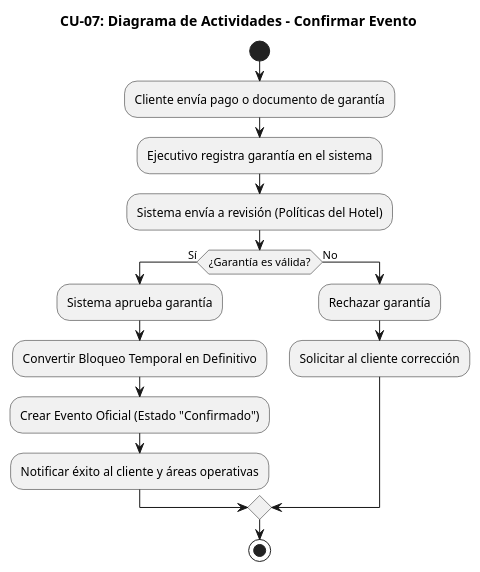
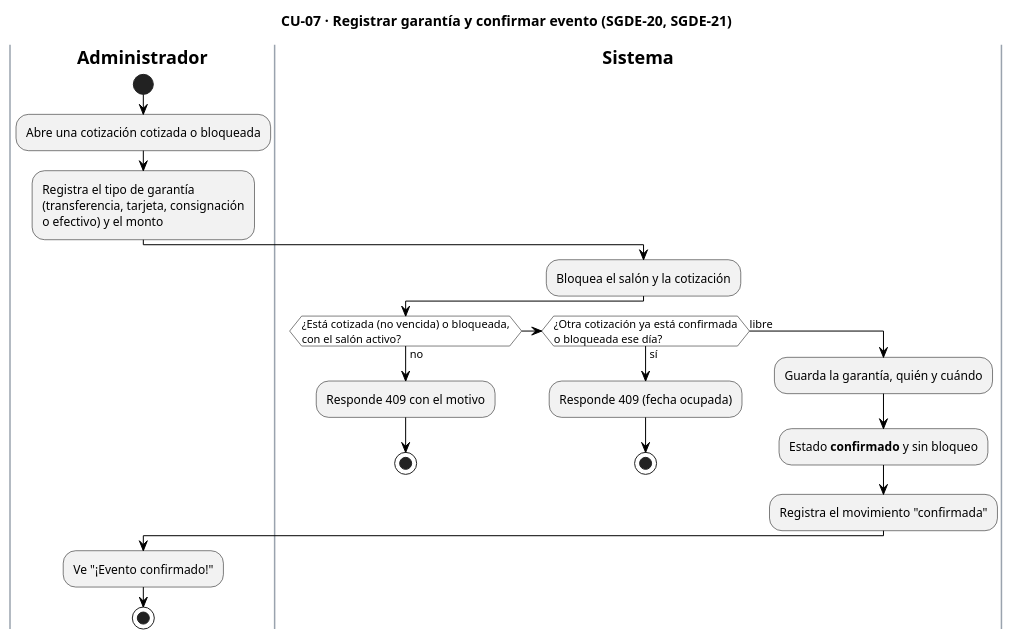
Before and after one commit to AndreCamx2/Gestion-De-Eventos: the diagram in docs/Diagrama de actividades/CU07_ConfirmarEvento.pu, drawn with PlantUML. The commit also changed 172 other files, not shown here.

First line of the commit message:
docs(diagramas): alinear los diagramas con el sistema construido

```diff
--- a/docs/Diagrama de actividades/CU07_ConfirmarEvento.pu
+++ b/docs/Diagrama de actividades/CU07_ConfirmarEvento.pu
@@ -1,19 +1,40 @@
 @startuml CU07_ConfirmarEvento
-title CU-07: Diagrama de Actividades - Confirmar Evento
+title CU-07 · Registrar garantía y confirmar evento (SGDE-20, SGDE-21)
 skinparam backgroundColor white
+skinparam ActivityBackgroundColor #F2F2F2
+skinparam ActivityBorderColor black
+skinparam ActivityDiamondBackgroundColor white
+skinparam ActivityDiamondBorderColor black
+skinparam ArrowColor black
+skinparam SwimlaneBorderColor #9AA3AE
+skinparam SwimlaneTitleFontStyle bold
+skinparam note {
+  BackgroundColor #FFFBEA
+  BorderColor #B8A86B
+}
 
+|Administrador|
 start
-:Cliente envía pago o documento de garantía;
-:Ejecutivo registra garantía en el sistema;
-:Sistema envía a revisión (Políticas del Hotel);
-if (¿Garantía es válida?) then (Sí)
-  :Sistema aprueba garantía;
-  :Convertir Bloqueo Temporal en Definitivo;
-  :Crear Evento Oficial (Estado "Confirmado");
-  :Notificar éxito al cliente y áreas operativas;
-else (No)
-  :Rechazar garantía;
-  :Solicitar al cliente corrección;
+:Abre una cotización cotizada o bloqueada;
+:Registra el tipo de garantía
+(transferencia, tarjeta, consignación
+o efectivo) y el monto;
+|Sistema|
+:Bloquea el salón y la cotización;
+if (¿Está cotizada (no vencida) o bloqueada,
+con el salón activo?) then (no)
+  :Responde 409 con el motivo;
+  stop
+elseif (¿Otra cotización ya está confirmada
+o bloqueada ese día?) then (sí)
+  :Responde 409 (fecha ocupada);
+  stop
+else (libre)
+  :Guarda la garantía, quién y cuándo;
+  :Estado **confirmado** y sin bloqueo;
+  :Registra el movimiento "confirmada";
 endif
+|Administrador|
+:Ve "¡Evento confirmado!";
 stop
 @enduml
```
